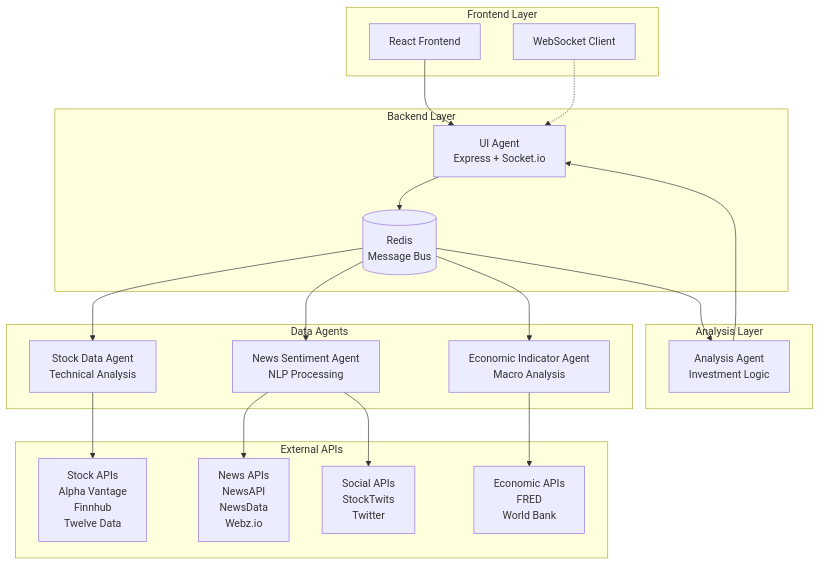
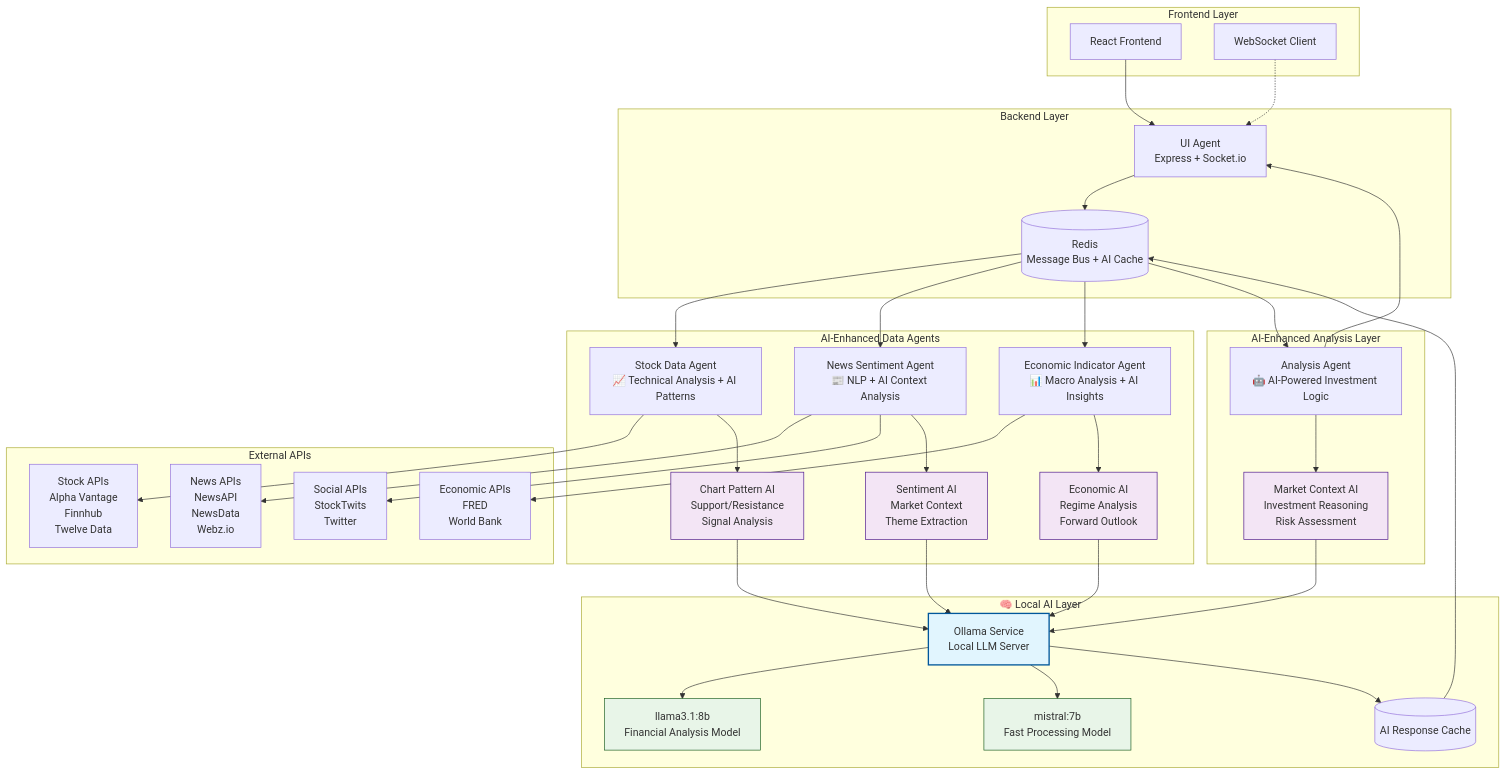
One commit to iamsudhanshu/stock-analyzer changed the first of 3 diagrams in README.md. Above: the diagram before and after it, drawn with Mermaid. The commit also changed other lines of this file and 10 other files, not shown here.

First line of the commit message:
🧠 Major AI Enhancement: Integrate Ollama for Local LLM-Powered Analysis

````diff
--- a/README.md
+++ b/README.md
@@ -27,44 +43,80 @@
 ```mermaid
 graph TB
     subgraph "Frontend Layer"
         UI[React Frontend]
         WS[WebSocket Client]
     end
     
     subgraph "Backend Layer"
         UIAgent[UI Agent<br/>Express + Socket.io]
-        Redis[(Redis<br/>Message Bus)]
+        Redis[(Redis<br/>Message Bus + AI Cache)]
     end
     
-    subgraph "Analysis Layer"
-        AnalysisAgent[Analysis Agent<br/>Investment Logic]
+    subgraph "🧠 Local AI Layer"
+        Ollama[Ollama Service<br/>Local LLM Server]
+        LLaMA[llama3.1:8b<br/>Financial Analysis Model]
+        Mistral[mistral:7b<br/>Fast Processing Model]
+        AICache[(AI Response Cache)]
     end
     
-    subgraph "Data Agents"
-        StockAgent[Stock Data Agent<br/>Technical Analysis]
-        NewsAgent[News Sentiment Agent<br/>NLP Processing]
-        EconAgent[Economic Indicator Agent<br/>Macro Analysis]
+    subgraph "AI-Enhanced Analysis Layer"
+        AnalysisAgent[Analysis Agent<br/>🤖 AI-Powered Investment Logic]
+        AIAnalysis[Market Context AI<br/>Investment Reasoning<br/>Risk Assessment]
+    end
+    
+    subgraph "AI-Enhanced Data Agents"
+        StockAgent[Stock Data Agent<br/>📈 Technical Analysis + AI Patterns]
+        StockAI[Chart Pattern AI<br/>Support/Resistance<br/>Signal Analysis]
+        
+        NewsAgent[News Sentiment Agent<br/>📰 NLP + AI Context Analysis]
+        NewsAI[Sentiment AI<br/>Market Context<br/>Theme Extraction]
+        
+        EconAgent[Economic Indicator Agent<br/>📊 Macro Analysis + AI Insights]
+        EconAI[Economic AI<br/>Regime Analysis<br/>Forward Outlook]
     end
     
     subgraph "External APIs"
         StockAPIs[Stock APIs<br/>Alpha Vantage<br/>Finnhub<br/>Twelve Data]
         NewsAPIs[News APIs<br/>NewsAPI<br/>NewsData<br/>Webz.io]
         EconAPIs[Economic APIs<br/>FRED<br/>World Bank]
         SocialAPIs[Social APIs<br/>StockTwits<br/>Twitter]
     end
     
     UI --> UIAgent
     WS -.-> UIAgent
     UIAgent --> Redis
     Redis --> StockAgent
     Redis --> NewsAgent
     Redis --> EconAgent
     Redis --> AnalysisAgent
     
     StockAgent --> StockAPIs
+    StockAgent --> StockAI
+    StockAI --> Ollama
+    
     NewsAgent --> NewsAPIs
     NewsAgent --> SocialAPIs
+    NewsAgent --> NewsAI
+    NewsAI --> Ollama
+    
     EconAgent --> EconAPIs
+    EconAgent --> EconAI
+    EconAI --> Ollama
     
+    AnalysisAgent --> AIAnalysis
+    AIAnalysis --> Ollama
     AnalysisAgent --> UIAgent
+    
+    Ollama --> LLaMA
+    Ollama --> Mistral
+    Ollama --> AICache
+    AICache --> Redis
+    
+    style Ollama fill:#e1f5fe,stroke:#01579b,stroke-width:2px
+    style StockAI fill:#f3e5f5,stroke:#4a148c
+    style NewsAI fill:#f3e5f5,stroke:#4a148c
+    style EconAI fill:#f3e5f5,stroke:#4a148c
+    style AIAnalysis fill:#f3e5f5,stroke:#4a148c
+    style LLaMA fill:#e8f5e8,stroke:#1b5e20
+    style Mistral fill:#e8f5e8,stroke:#1b5e20
 ```
````
